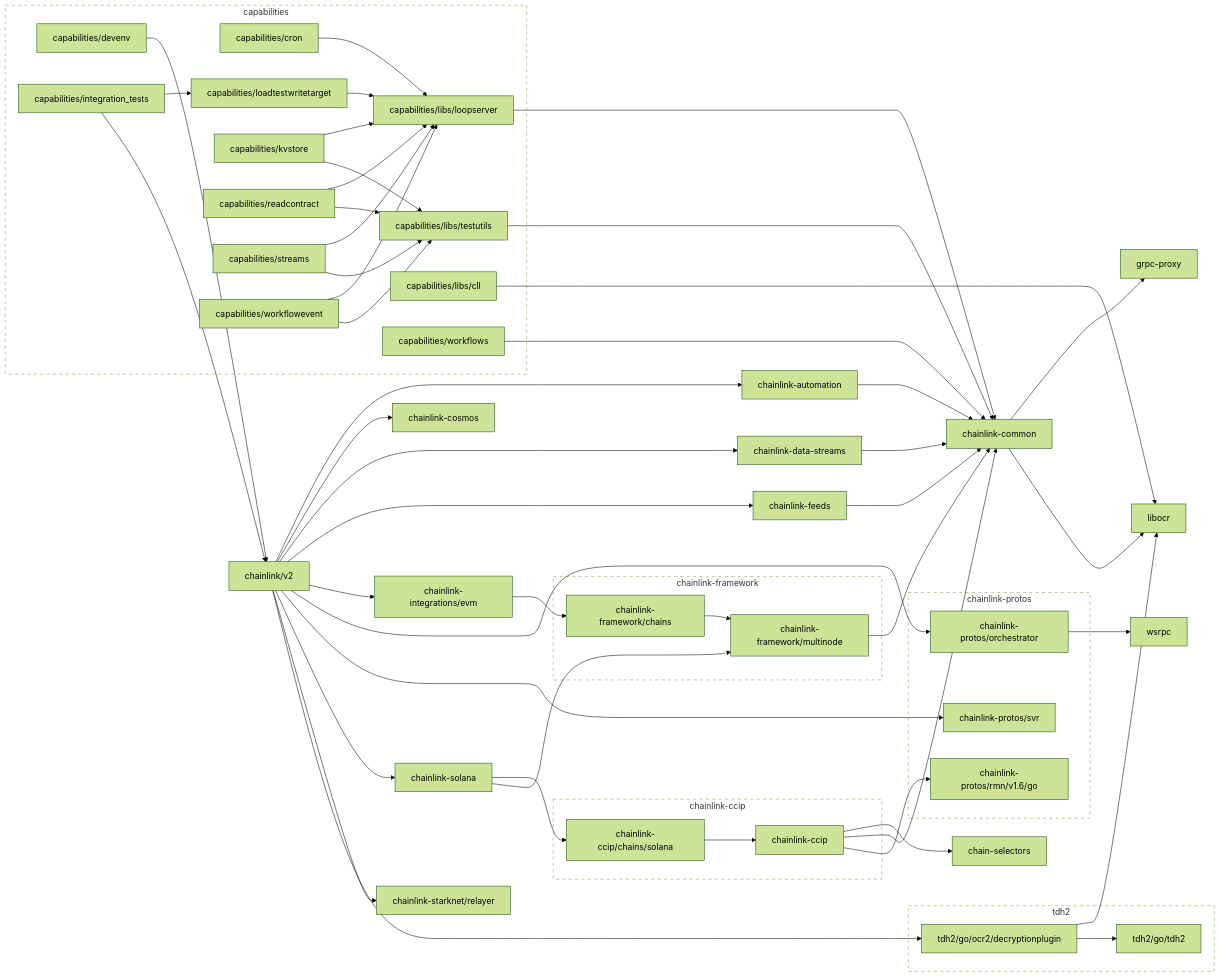
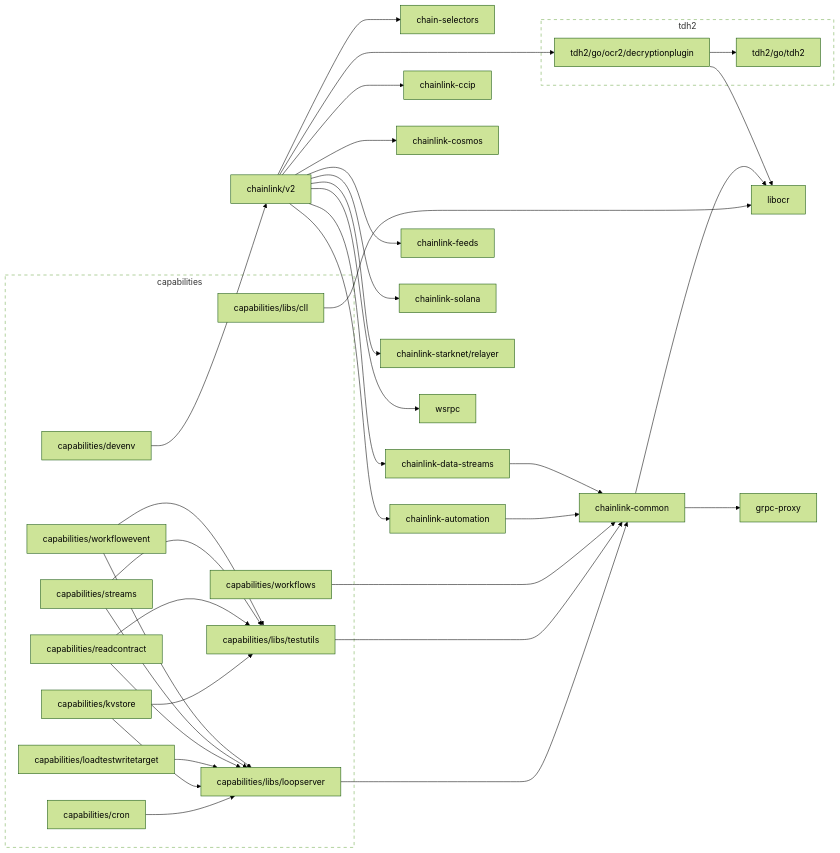
Before and after one commit to smartcontractkit/capabilities: the diagram in go.md, drawn with Mermaid (forest theme).

Commit message:
Update modgraph

````diff
--- a/go.md
+++ b/go.md
@@ -6,9 +6,6 @@
 	click capabilities/cron href "https://github.com/smartcontractkit/capabilities"
 	capabilities/devenv --> chainlink/v2
 	click capabilities/devenv href "https://github.com/smartcontractkit/capabilities"
-	capabilities/integration_tests --> capabilities/loadtestwritetarget
-	capabilities/integration_tests --> chainlink/v2
-	click capabilities/integration_tests href "https://github.com/smartcontractkit/capabilities"
 	capabilities/kvstore --> capabilities/libs/loopserver
 	capabilities/kvstore --> capabilities/libs/testutils
 	click capabilities/kvstore href "https://github.com/smartcontractkit/capabilities"
@@ -35,12 +32,8 @@
 	click chain-selectors href "https://github.com/smartcontractkit/chain-selectors"
 	chainlink-automation --> chainlink-common
 	click chainlink-automation href "https://github.com/smartcontractkit/chainlink-automation"
-	chainlink-ccip --> chain-selectors
-	chainlink-ccip --> chainlink-common
-	chainlink-ccip --> chainlink-protos/rmn/v1.6/go
+	chainlink-ccip
 	click chainlink-ccip href "https://github.com/smartcontractkit/chainlink-ccip"
-	chainlink-ccip/chains/solana --> chainlink-ccip
-	click chainlink-ccip/chains/solana href "https://github.com/smartcontractkit/chainlink-ccip"
 	chainlink-common --> grpc-proxy
 	chainlink-common --> libocr
 	click chainlink-common href "https://github.com/smartcontractkit/chainlink-common"
@@ -48,35 +41,22 @@
 	click chainlink-cosmos href "https://github.com/smartcontractkit/chainlink-cosmos"
 	chainlink-data-streams --> chainlink-common
 	click chainlink-data-streams href "https://github.com/smartcontractkit/chainlink-data-streams"
-	chainlink-feeds --> chainlink-common
+	chainlink-feeds
 	click chainlink-feeds href "https://github.com/smartcontractkit/chainlink-feeds"
-	chainlink-framework/chains --> chainlink-framework/multinode
-	click chainlink-framework/chains href "https://github.com/smartcontractkit/chainlink-framework"
-	chainlink-framework/multinode --> chainlink-common
-	click chainlink-framework/multinode href "https://github.com/smartcontractkit/chainlink-framework"
-	chainlink-integrations/evm --> chainlink-framework/chains
-	click chainlink-integrations/evm href "https://github.com/smartcontractkit/chainlink-integrations"
-	chainlink-protos/orchestrator --> wsrpc
-	click chainlink-protos/orchestrator href "https://github.com/smartcontractkit/chainlink-protos"
-	chainlink-protos/rmn/v1.6/go
-	click chainlink-protos/rmn/v1.6/go href "https://github.com/smartcontractkit/chainlink-protos"
-	chainlink-protos/svr
-	click chainlink-protos/svr href "https://github.com/smartcontractkit/chainlink-protos"
-	chainlink-solana --> chainlink-ccip/chains/solana
-	chainlink-solana --> chainlink-framework/multinode
+	chainlink-solana
 	click chainlink-solana href "https://github.com/smartcontractkit/chainlink-solana"
 	chainlink-starknet/relayer
 	click chainlink-starknet/relayer href "https://github.com/smartcontractkit/chainlink-starknet"
+	chainlink/v2 --> chain-selectors
 	chainlink/v2 --> chainlink-automation
+	chainlink/v2 --> chainlink-ccip
 	chainlink/v2 --> chainlink-cosmos
 	chainlink/v2 --> chainlink-data-streams
 	chainlink/v2 --> chainlink-feeds
-	chainlink/v2 --> chainlink-integrations/evm
-	chainlink/v2 --> chainlink-protos/orchestrator
-	chainlink/v2 --> chainlink-protos/svr
 	chainlink/v2 --> chainlink-solana
 	chainlink/v2 --> chainlink-starknet/relayer
 	chainlink/v2 --> tdh2/go/ocr2/decryptionplugin
+	chainlink/v2 --> wsrpc
 	click chainlink/v2 href "https://github.com/smartcontractkit/chainlink"
 	grpc-proxy
 	click grpc-proxy href "https://github.com/smartcontractkit/grpc-proxy"
@@ -93,7 +73,6 @@
 	subgraph capabilities-repo[capabilities]
 		 capabilities/cron
 		 capabilities/devenv
-		 capabilities/integration_tests
 		 capabilities/kvstore
 		 capabilities/libs/cll
 		 capabilities/libs/loopserver
@@ -106,25 +85,6 @@
 	end
 	click capabilities-repo href "https://github.com/smartcontractkit/capabilities"
 
-	subgraph chainlink-ccip-repo[chainlink-ccip]
-		 chainlink-ccip
-		 chainlink-ccip/chains/solana
-	end
-	click chainlink-ccip-repo href "https://github.com/smartcontractkit/chainlink-ccip"
-
-	subgraph chainlink-framework-repo[chainlink-framework]
-		 chainlink-framework/chains
-		 chainlink-framework/multinode
-	end
-	click chainlink-framework-repo href "https://github.com/smartcontractkit/chainlink-framework"
-
-	subgraph chainlink-protos-repo[chainlink-protos]
-		 chainlink-protos/orchestrator
-		 chainlink-protos/rmn/v1.6/go
-		 chainlink-protos/svr
-	end
-	click chainlink-protos-repo href "https://github.com/smartcontractkit/chainlink-protos"
-
 	subgraph tdh2-repo[tdh2]
 		 tdh2/go/ocr2/decryptionplugin
 		 tdh2/go/tdh2
@@ -132,5 +92,5 @@
 	click tdh2-repo href "https://github.com/smartcontractkit/tdh2"
 
 	classDef outline stroke-dasharray:6,fill:none;
-	class capabilities-repo,chainlink-ccip-repo,chainlink-framework-repo,chainlink-protos-repo,tdh2-repo outline
+	class capabilities-repo,tdh2-repo outline
 ```
````
